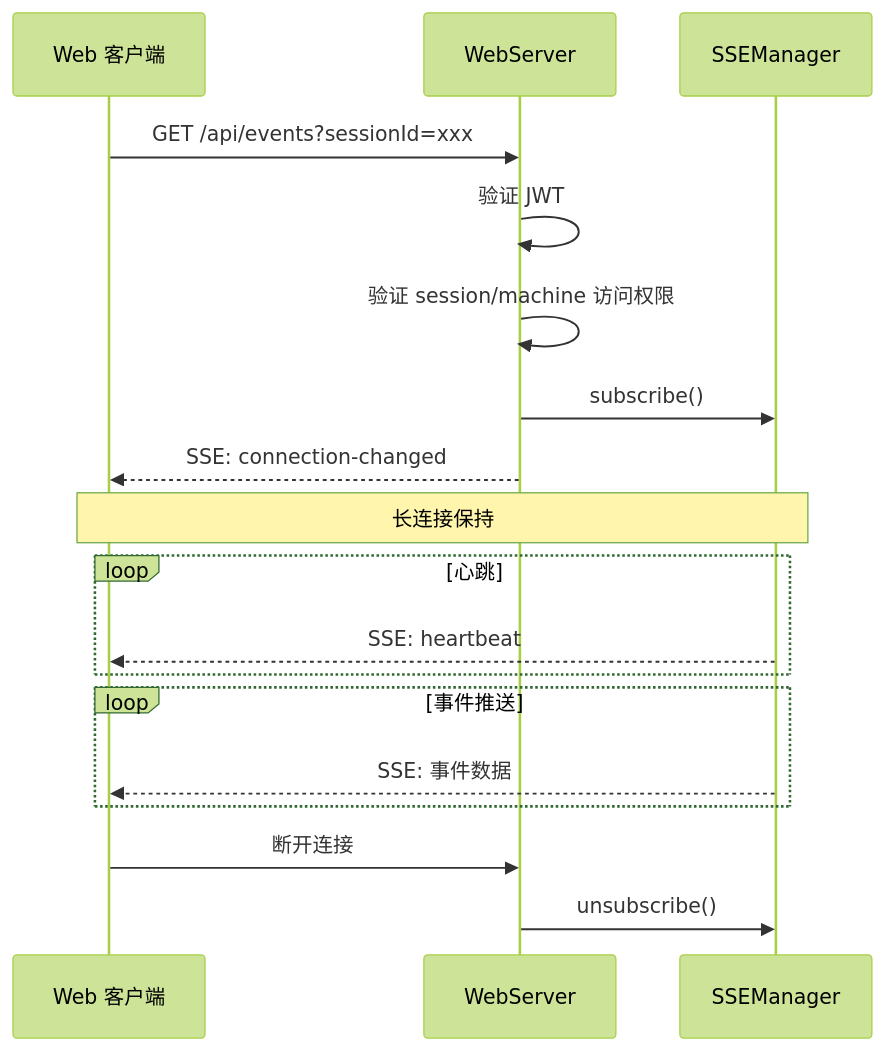
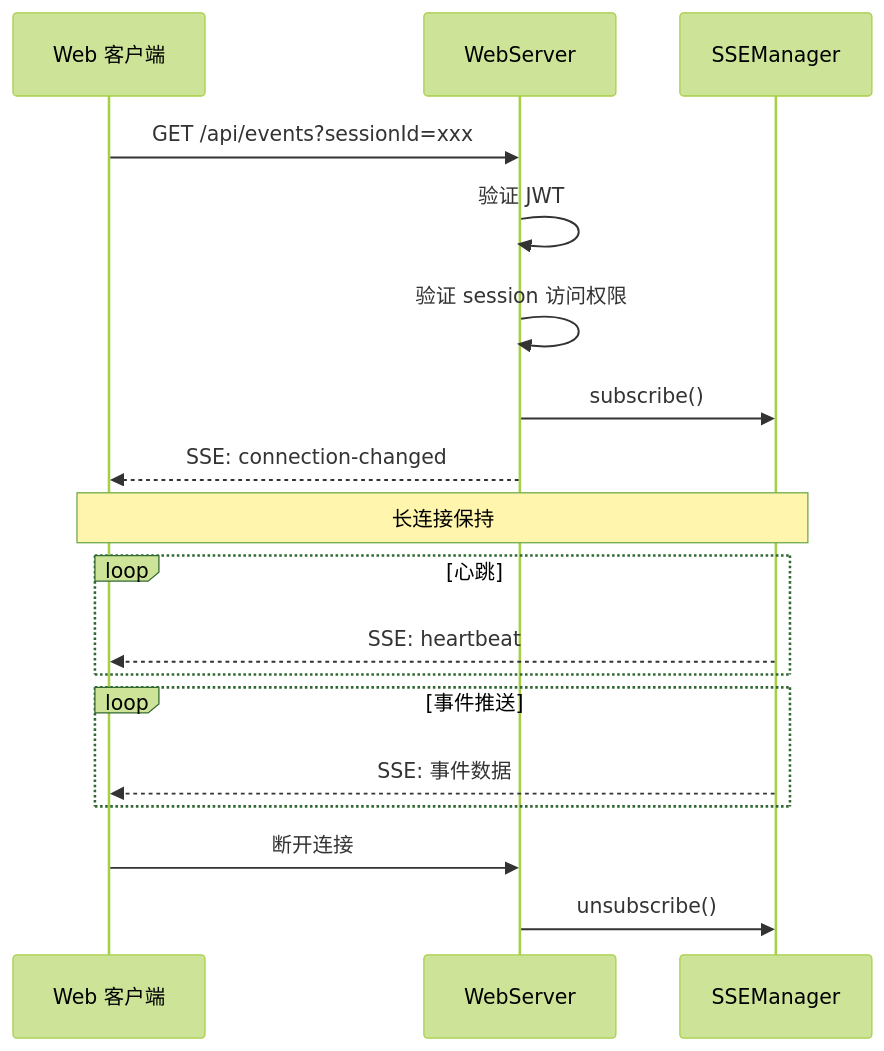
The diagram in docs/architecture/daemon/web/api/sse-events.md (ModuBit/mobi), drawn with Mermaid (forest theme) before and after one commit. The commit also changed other lines of this file and 86 other files, not shown here.

````diff
--- a/docs/architecture/daemon/web/api/sse-events.md
+++ b/docs/architecture/daemon/web/api/sse-events.md
@@ -29,24 +28,24 @@
 ```mermaid
 sequenceDiagram
     participant Web as Web 客户端
     participant Server as WebServer
     participant SSEManager as SSEManager
 
     Web->>Server: GET /api/events?sessionId=xxx
     Server->>Server: 验证 JWT
-    Server->>Server: 验证 session/machine 访问权限
+    Server->>Server: 验证 session 访问权限
     Server->>SSEManager: subscribe()
     Server-->>Web: SSE: connection-changed
     Note over Web,SSEManager: 长连接保持
 
     loop 心跳
         SSEManager-->>Web: SSE: heartbeat
     end
 
     loop 事件推送
         SSEManager-->>Web: SSE: 事件数据
     end
 
     Web->>Server: 断开连接
     Server->>SSEManager: unsubscribe()
 ```
````
